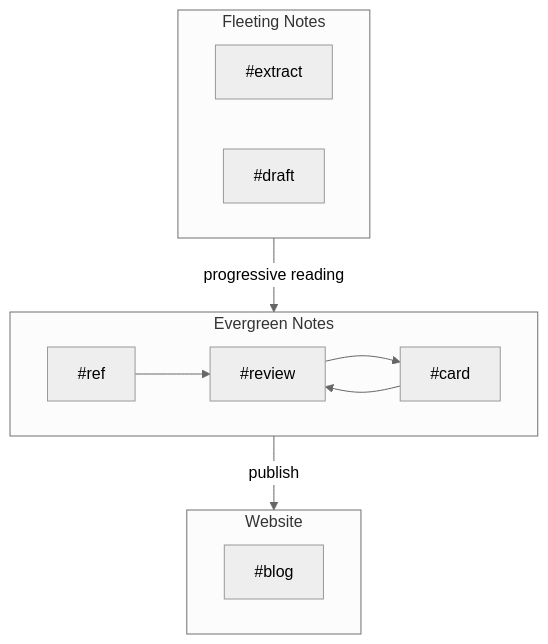
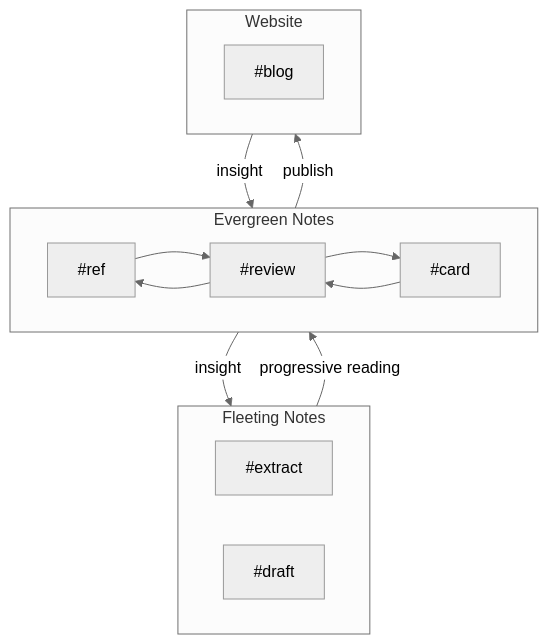
Before and after one commit to El25Aleph/_Aleph: the first of 2 diagrams in docs/PKM-blog-我的最小可行性知识管理系统-认知篇.md, drawn with Mermaid. The commit also changed 2 other files, not shown here.

````diff
--- a/docs/PKM-blog-我的最小可行性知识管理系统-认知篇.md
+++ b/docs/PKM-blog-我的最小可行性知识管理系统-认知篇.md
@@ -122,21 +122,24 @@
 ```mermaid
 %%{init: {'theme':'neutral'}}%%
-flowchart TD
+flowchart 
     subgraph N1[Fleeting Notes]
     #extract
     #draft
     end
     subgraph N2[Evergreen Notes]
         direction LR
     #ref
     #review
     #card
     #ref --> #review
+    #review --> #ref
     #review --> #card
     #card --> #review
     end
     subgraph N3[Website]
     #blog
     end
     N1 --> |progressive reading|N2 --> |publish|N3
+    N2 --> |insight|N1
+    N3 --> |insight|N2
 ```
````
